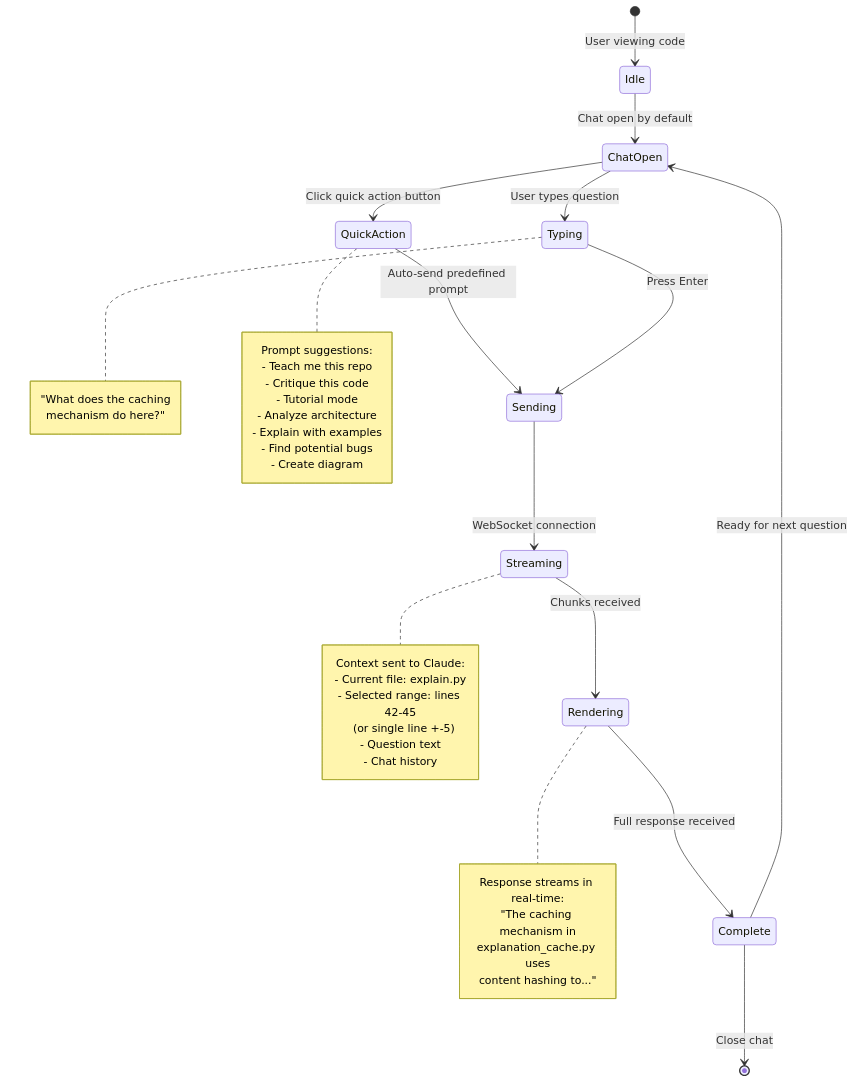
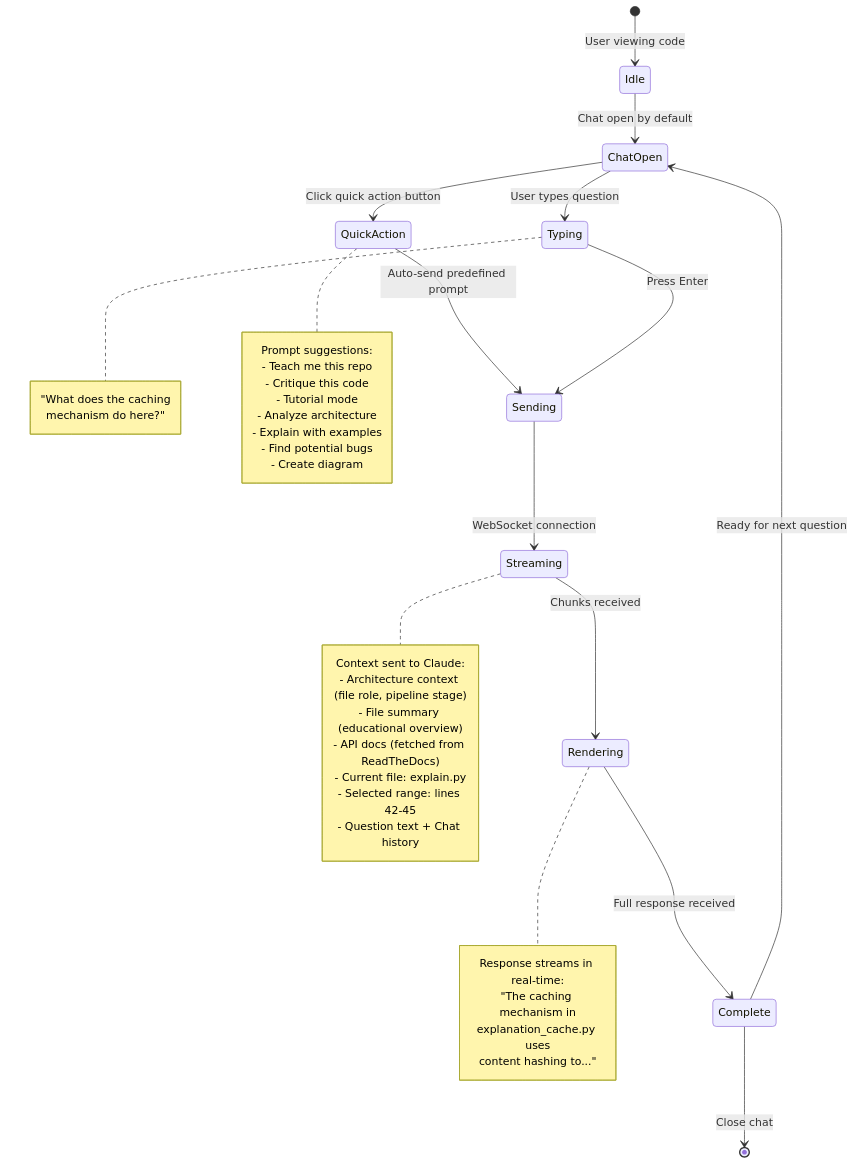
One commit to alexs42/BioCodeTeacher changed the fifth of 7 diagrams in SYSTEM_OVERVIEW.md. Above: the diagram before and after it, drawn with Mermaid. The commit also changed 23 other files, not shown here.

````diff
--- a/SYSTEM_OVERVIEW.md
+++ b/SYSTEM_OVERVIEW.md
@@ -164,33 +164,33 @@
 ```mermaid
 stateDiagram-v2
     [*] --> Idle: User viewing code
 
     Idle --> ChatOpen: Chat open by default
 
     ChatOpen --> QuickAction: Click quick action button
     ChatOpen --> Typing: User types question
     note right of Typing
         "What does the caching<br/>mechanism do here?"
     end note
     note right of QuickAction
         Prompt suggestions:<br/>- Teach me this repo<br/>- Critique this code<br/>- Tutorial mode<br/>- Analyze architecture<br/>- Explain with examples<br/>- Find potential bugs<br/>- Create diagram
     end note
 
     QuickAction --> Sending: Auto-send predefined prompt
     Typing --> Sending: Press Enter
 
     Sending --> Streaming: WebSocket connection
     note right of Streaming
-        Context sent to Claude:<br/>- Current file: explain.py<br/>- Selected range: lines 42-45<br/>  (or single line +-5)<br/>- Question text<br/>- Chat history
+        Context sent to Claude:<br/>- Architecture context (file role, pipeline stage)<br/>- File summary (educational overview)<br/>- API docs (fetched from ReadTheDocs)<br/>- Current file: explain.py<br/>- Selected range: lines 42-45<br/>- Question text + Chat history
     end note
 
     Streaming --> Rendering: Chunks received
     note right of Rendering
         Response streams in real-time:<br/>"The caching mechanism in<br/>explanation_cache.py uses<br/>content hashing to..."
     end note
 
     Rendering --> Complete: Full response received
 
     Complete --> ChatOpen: Ready for next question
     Complete --> [*]: Close chat
 ```
````
